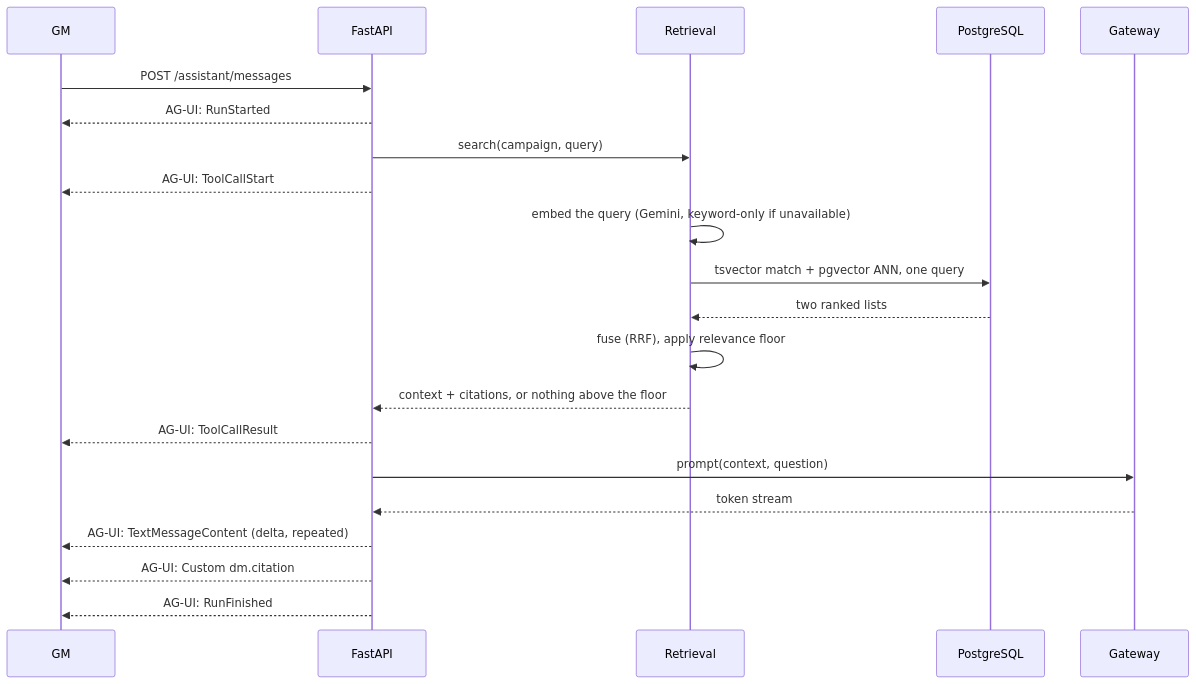
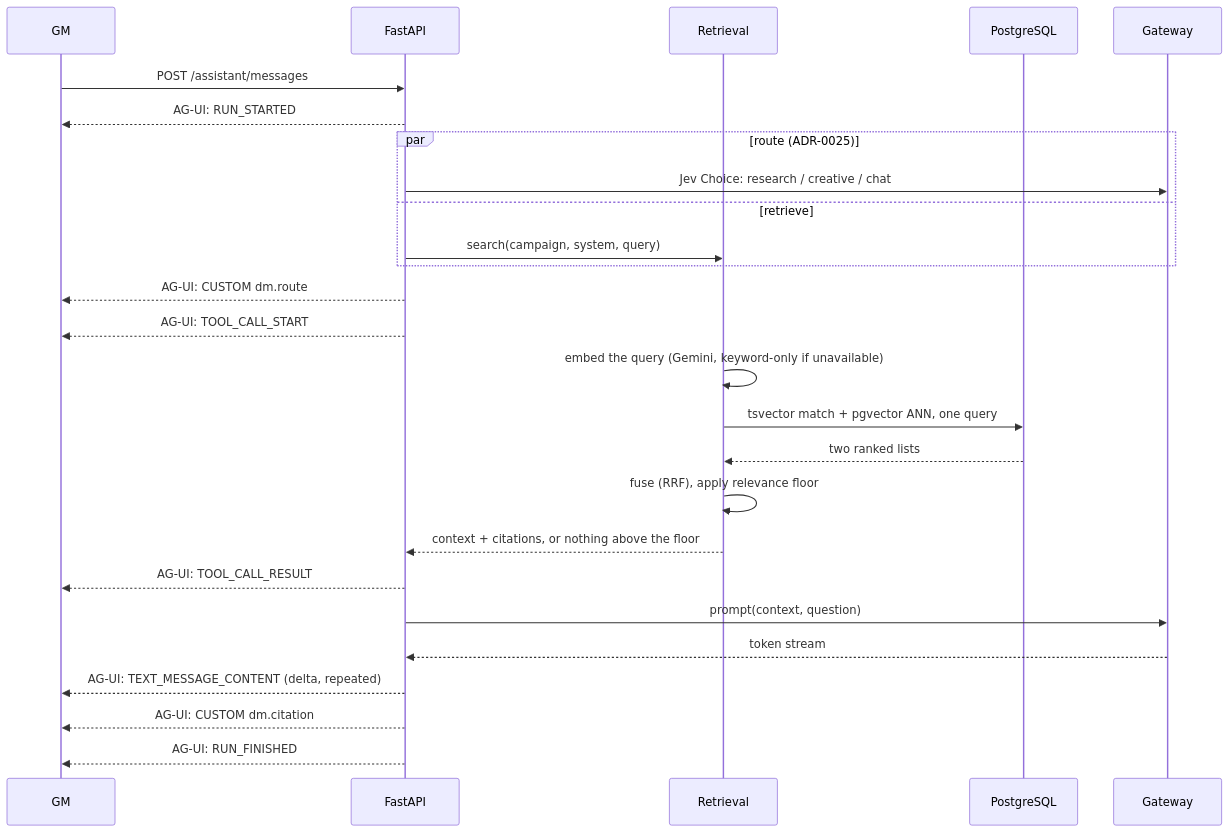
One commit to PiotrMieszczak/Quillbert changed the third of 4 diagrams in docs/architecture.md. Above: the diagram before and after it, drawn with Mermaid. The commit also changed other lines of this file and 16 other files, not shown here.

````diff
--- a/docs/architecture.md
+++ b/docs/architecture.md
@@ -161,24 +161,29 @@
 ```mermaid
 sequenceDiagram
     participant U as GM
     participant API as FastAPI
     participant R as Retrieval
     participant DB as PostgreSQL
     participant GW as Gateway
 
     U->>API: POST /assistant/messages
-    API-->>U: AG-UI: RunStarted
-    API->>R: search(campaign, query)
-    API-->>U: AG-UI: ToolCallStart
+    API-->>U: AG-UI: RUN_STARTED
+    par route (ADR-0025)
+        API->>GW: Jev Choice: research / creative / chat
+    and retrieve
+        API->>R: search(campaign, system, query)
+    end
+    API-->>U: AG-UI: CUSTOM dm.route
+    API-->>U: AG-UI: TOOL_CALL_START
     R->>R: embed the query (Gemini, keyword-only if unavailable)
     R->>DB: tsvector match + pgvector ANN, one query
     DB-->>R: two ranked lists
     R->>R: fuse (RRF), apply relevance floor
     R-->>API: context + citations, or nothing above the floor
-    API-->>U: AG-UI: ToolCallResult
+    API-->>U: AG-UI: TOOL_CALL_RESULT
     API->>GW: prompt(context, question)
     GW-->>API: token stream
-    API-->>U: AG-UI: TextMessageContent (delta, repeated)
-    API-->>U: AG-UI: Custom dm.citation
-    API-->>U: AG-UI: RunFinished
+    API-->>U: AG-UI: TEXT_MESSAGE_CONTENT (delta, repeated)
+    API-->>U: AG-UI: CUSTOM dm.citation
+    API-->>U: AG-UI: RUN_FINISHED
 ```
````
